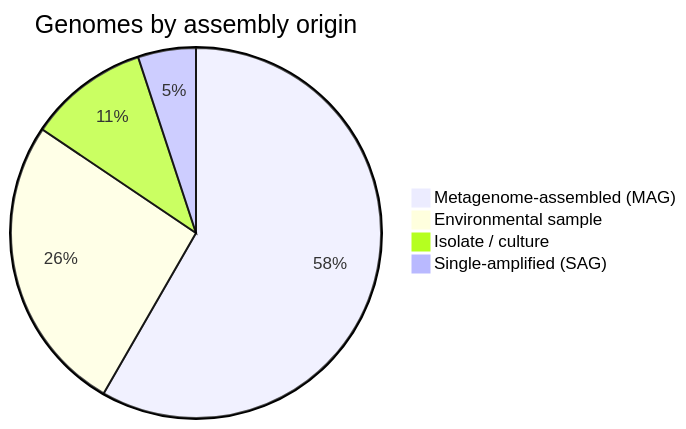
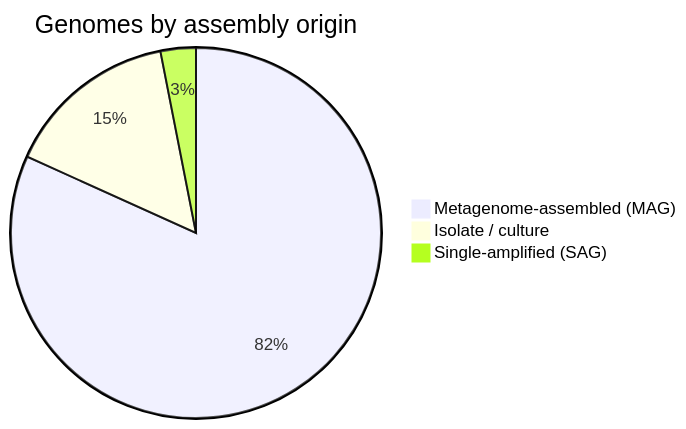
The fourth of 4 diagrams in docs/marine-genome-selection.md (shuklagyanesh21/marine), drawn with Mermaid before and after one commit. The commit also changed other lines of this file and 25 other files, not shown here.

````diff
--- a/docs/marine-genome-selection.md
+++ b/docs/marine-genome-selection.md
@@ -144,7 +144,6 @@
 ```mermaid
 pie title Genomes by assembly origin
-    "Metagenome-assembled (MAG)" : 7297
-    "Environmental sample" : 3270
-    "Isolate / culture" : 1314
-    "Single-amplified (SAG)" : 633
+    "Metagenome-assembled (MAG)" : 34420
+    "Isolate / culture" : 6383
+    "Single-amplified (SAG)" : 1296
 ```
````
